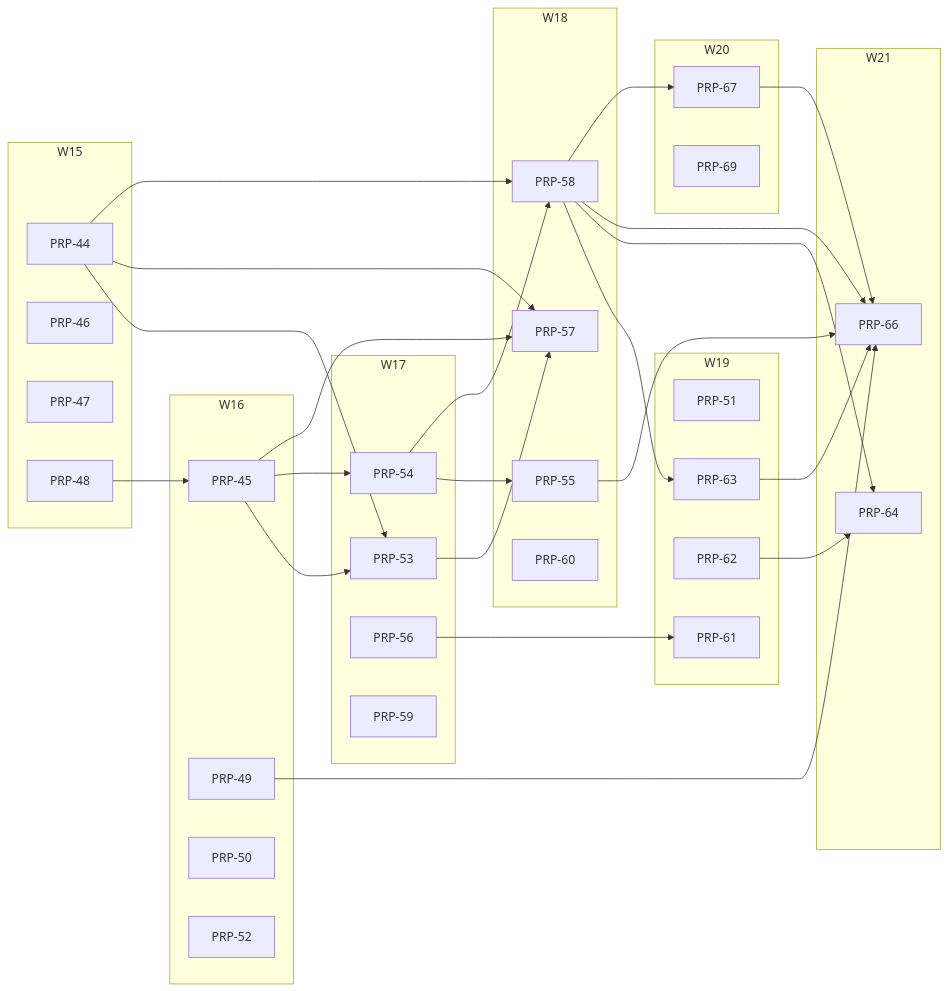
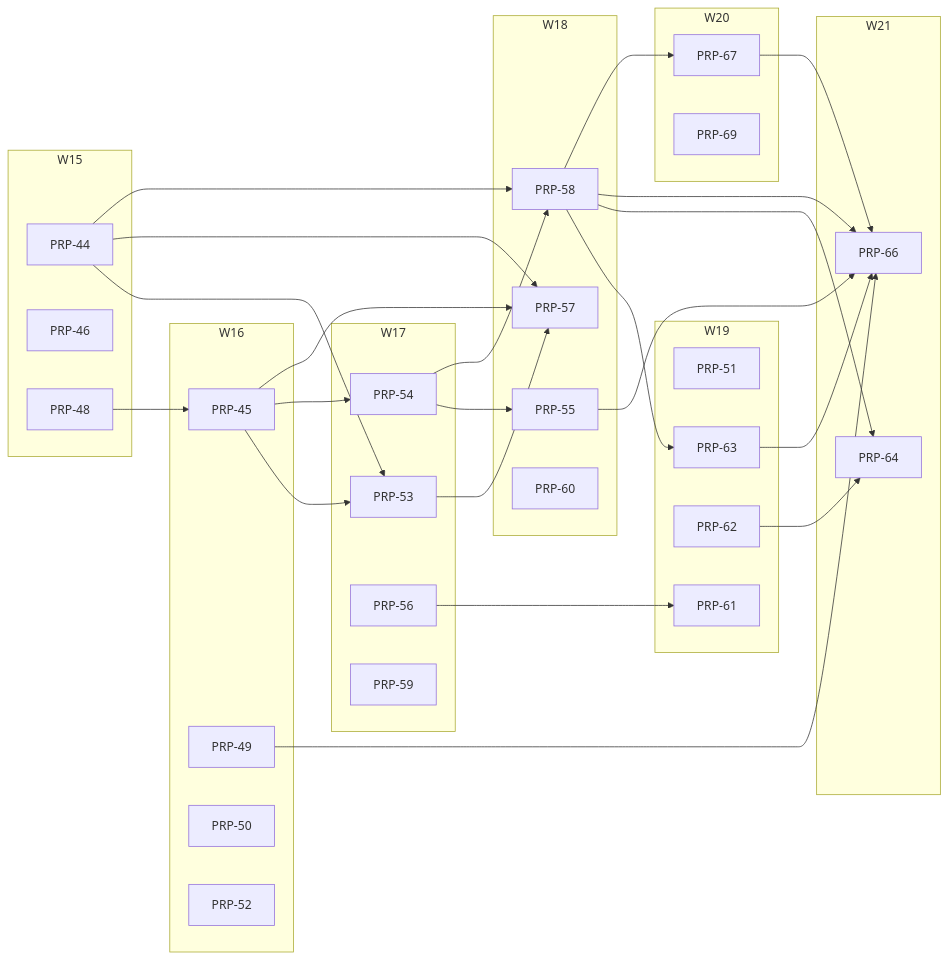
The diagram in PRPs/EXECUTION-PLAN.md (fgarofalo56/neurosphere), drawn with Mermaid before and after one commit. The commit also changed other lines of this file and 4 other files, not shown here.

````diff
--- a/PRPs/EXECUTION-PLAN.md
+++ b/PRPs/EXECUTION-PLAN.md
@@ -130,61 +129,60 @@
 ```mermaid
 flowchart LR
   subgraph W15
     P44["PRP-44"]
     P46["PRP-46"]
-    P47["PRP-47"]
     P48["PRP-48"]
   end
   subgraph W16
     P45["PRP-45"]
     P49["PRP-49"]
     P50["PRP-50"]
     P52["PRP-52"]
   end
   subgraph W17
     P53["PRP-53"]
     P54["PRP-54"]
     P56["PRP-56"]
     P59["PRP-59"]
   end
   subgraph W18
     P57["PRP-57"]
     P55["PRP-55"]
     P58["PRP-58"]
     P60["PRP-60"]
   end
   subgraph W19
     P51["PRP-51"]
     P61["PRP-61"]
     P62["PRP-62"]
     P63["PRP-63"]
   end
   subgraph W20
     P67["PRP-67"]
     P69["PRP-69"]
   end
   subgraph W21
     P64["PRP-64"]
     P66["PRP-66"]
   end
   P48 --> P45
   P44 --> P53
   P45 --> P53
   P45 --> P54
   P54 --> P55
   P44 --> P57
   P45 --> P57
   P53 --> P57
   P44 --> P58
   P54 --> P58
   P56 --> P61
   P58 --> P63
   P58 --> P64
   P62 --> P64
   P49 --> P66
   P55 --> P66
   P58 --> P66
   P63 --> P66
   P67 --> P66
   P58 --> P67
 ```
````
